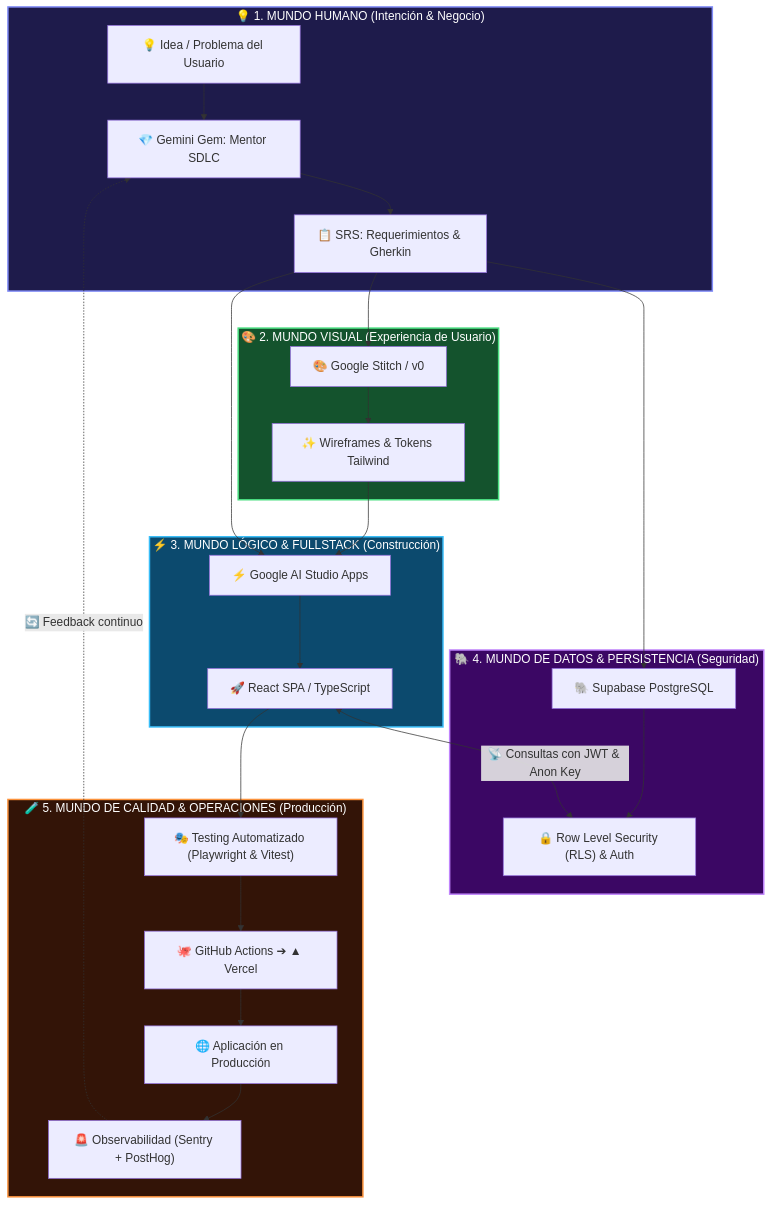
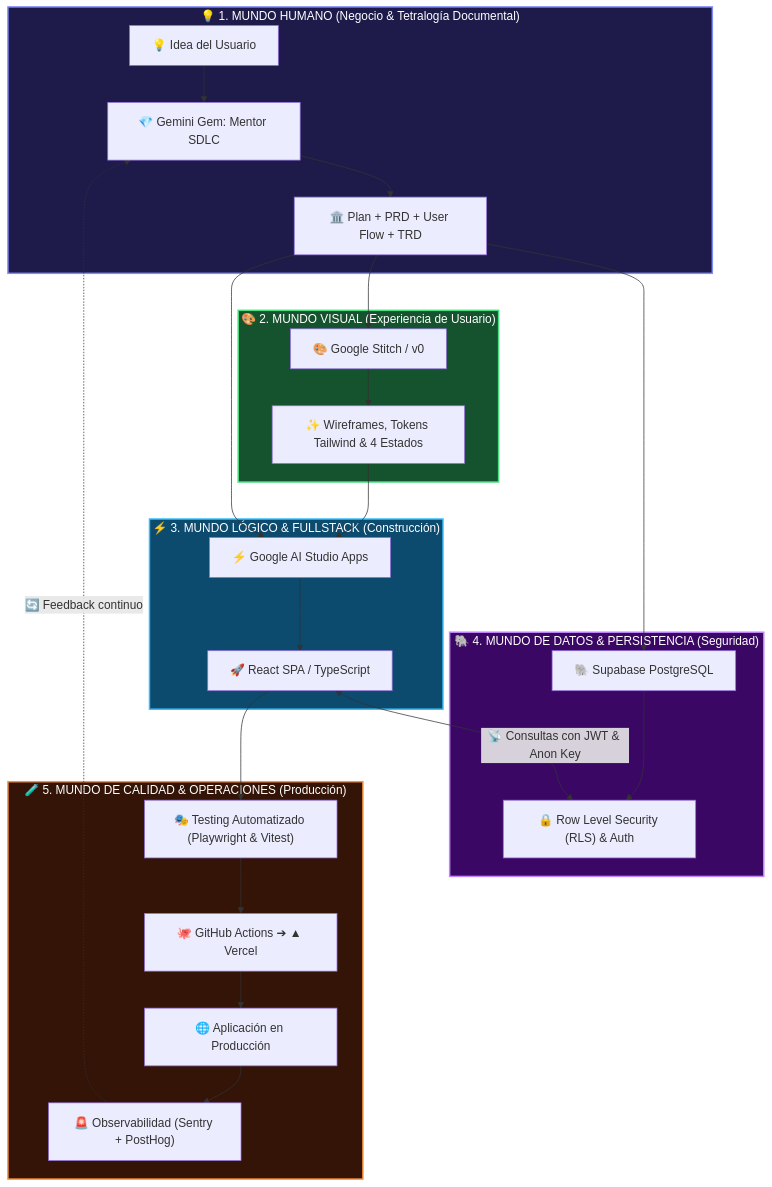
Before and after one commit to miuguelt/guia-desarrollo-guiado: the first of 3 diagrams in 10_VISION_HOLISTICA_Y_7_FASES_SDLC.md, drawn with Mermaid. The commit also changed other lines of this file and 16 other files, not shown here.

First line of the commit message:
Add SDLC tetralogy docs and Stitch catalog

````diff
--- a/10_VISION_HOLISTICA_Y_7_FASES_SDLC.md
+++ b/10_VISION_HOLISTICA_Y_7_FASES_SDLC.md
@@ -14,38 +14,38 @@
 ```mermaid
 flowchart TD
-    subgraph MUNDO_HUMANO["💡 1. MUNDO HUMANO (Intención & Negocio)"]
-        IDEA["💡 Idea / Problema del Usuario"] --> GEMA["💎 Gemini Gem: Mentor SDLC"]
-        GEMA --> SRS["📋 SRS: Requerimientos & Gherkin"]
+    subgraph MUNDO_HUMANO["💡 1. MUNDO HUMANO (Negocio & Tetralogía Documental)"]
+        IDEA["💡 Idea del Usuario"] --> GEMA["💎 Gemini Gem: Mentor SDLC"]
+        GEMA --> TETRA["🏛️ Plan + PRD + User Flow + TRD"]
     end
 
     subgraph MUNDO_VISUAL["🎨 2. MUNDO VISUAL (Experiencia de Usuario)"]
-        SRS --> STITCH["🎨 Google Stitch / v0"]
-        STITCH --> UI["✨ Wireframes & Tokens Tailwind"]
+        TETRA --> STITCH["🎨 Google Stitch / v0"]
+        STITCH --> UI["✨ Wireframes, Tokens Tailwind & 4 Estados"]
     end
 
     subgraph MUNDO_LOGICA["⚡ 3. MUNDO LÓGICO & FULLSTACK (Construcción)"]
         UI --> AISTUDIO["⚡ Google AI Studio Apps"]
-        SRS --> AISTUDIO
+        TETRA --> AISTUDIO
         AISTUDIO --> SPA["🚀 React SPA / TypeScript"]
     end
 
     subgraph MUNDO_DATOS["🐘 4. MUNDO DE DATOS & PERSISTENCIA (Seguridad)"]
-        SRS --> SUPABASE["🐘 Supabase PostgreSQL"]
+        TETRA --> SUPABASE["🐘 Supabase PostgreSQL"]
         SUPABASE --> RLS["🔒 Row Level Security (RLS) & Auth"]
         SPA <-->|"📡 Consultas con JWT & Anon Key"| RLS
     end
 
     subgraph MUNDO_CALIDAD["🧪 5. MUNDO DE CALIDAD & OPERACIONES (Producción)"]
         SPA --> TESTS["🎭 Testing Automatizado (Playwright & Vitest)"]
         TESTS --> CICD["🐙 GitHub Actions ➔ ▲ Vercel"]
         CICD --> PROD["🌐 Aplicación en Producción"]
         PROD --> OBS["🚨 Observabilidad (Sentry + PostHog)"]
         OBS -. "🔄 Feedback continuo" .-> GEMA
     end
 
     style MUNDO_HUMANO fill:#1e1b4b,stroke:#818cf8,stroke-width:2px,color:#fff
     style MUNDO_VISUAL fill:#14532d,stroke:#4ade80,stroke-width:2px,color:#fff
     style MUNDO_LOGICA fill:#0c4a6e,stroke:#38bdf8,stroke-width:2px,color:#fff
     style MUNDO_DATOS fill:#3b0764,stroke:#c084fc,stroke-width:2px,color:#fff
     style MUNDO_CALIDAD fill:#331407,stroke:#fb923c,stroke-width:2px,color:#fff
 ```
````
